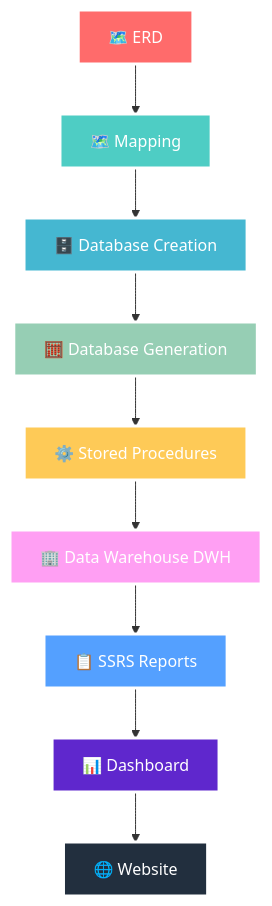
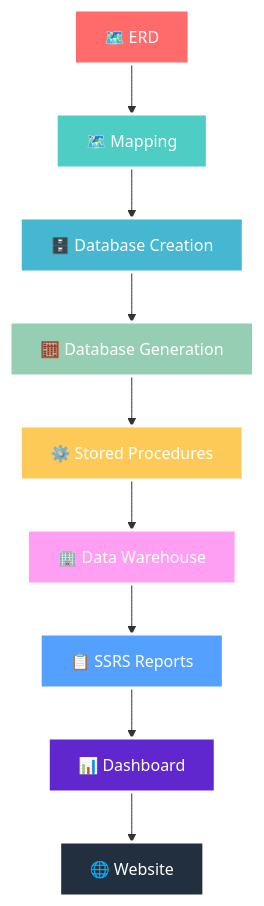
The diagram in README.md (ZiadSharaf/ITI-Examination-System), drawn with Mermaid before and after one commit. The commit also changed other lines of this file, not shown here.

````diff
--- a/README.md
+++ b/README.md
@@ -61,21 +61,21 @@
 ```mermaid
 graph TB
     A[🗺️ ERD] --> B[🗺️ Mapping]
     B --> C[🗄️ Database Creation]
     C --> D[🧮 Database Generation]
     D --> E[⚙️ Stored Procedures]
-    E --> F[🏢 Data Warehouse DWH]
+    E --> F[🏢 Data Warehouse]
     F --> G[📋 SSRS Reports]
     G --> H[📊 Dashboard]
     H --> I[🌐 Website]
     
     style A fill:#ff6b6b,stroke:#fff,stroke-width:3px,color:#fff
     style B fill:#4ecdc4,stroke:#fff,stroke-width:3px,color:#fff 
     style C fill:#45b7d1,stroke:#fff,stroke-width:3px,color:#fff 
     style D fill:#96ceb4,stroke:#fff,stroke-width:3px,color:#fff 
     style E fill:#feca57,stroke:#fff,stroke-width:3px,color:#fff 
     style F fill:#ff9ff3,stroke:#fff,stroke-width:3px,color:#fff 
     style G fill:#54a0ff,stroke:#fff,stroke-width:3px,color:#fff 
     style H fill:#5f27cd,stroke:#fff,stroke-width:3px,color:#fff
     style I fill:#222f3e,stroke:#fff,stroke-width:3px,color:#fff
 ```
````
